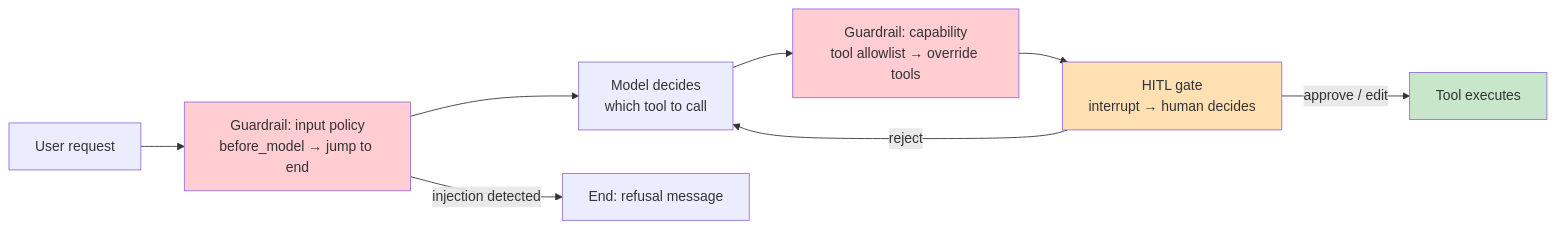
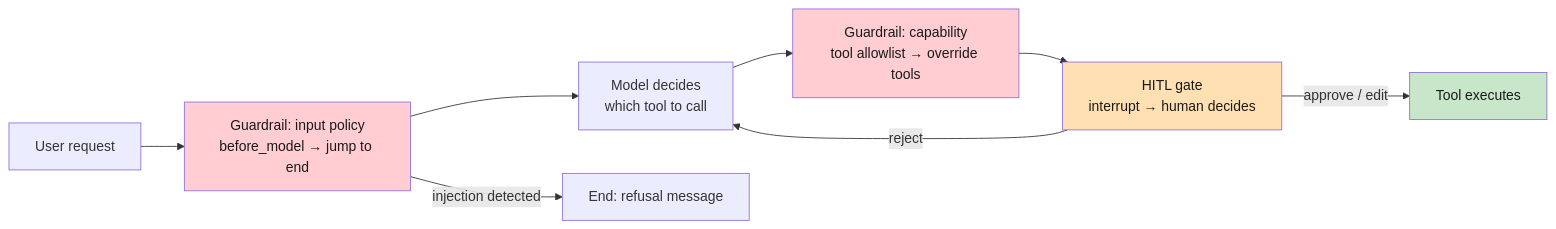
One commit to CogKnowEdge-Solutions/Orchestration changed the second of 3 diagrams in Langchain-Labs/Lab6(Intermediate)/lab-human-in-the-loop-guardrails.md. Above: the diagram before and after it, drawn with Mermaid. The commit also changed other lines of this file and 8 other files, not shown here.

Commit message:
Labs: make mermaid text visible and mix diagram orientations

````diff
--- a/Langchain-Labs/Lab6(Intermediate)/lab-human-in-the-loop-guardrails.md
+++ b/Langchain-Labs/Lab6(Intermediate)/lab-human-in-the-loop-guardrails.md
@@ -158,23 +158,23 @@
 ```mermaid
 graph LR
     U["User request"]
     G1["Guardrail: input policy<br/>before_model → jump to end"]
     M["Model decides<br/>which tool to call"]
     G2["Guardrail: capability<br/>tool allowlist → override tools"]
     H["HITL gate<br/>interrupt → human decides"]
     T["Tool executes"]
     E["End: refusal message"]
 
     U --> G1
     G1 -->|"injection detected"| E
     G1 --> M
     M --> G2
     G2 --> H
     H -->|"approve / edit"| T
     H -->|"reject"| M
 
-    style G1 fill:#ffcdd2
-    style G2 fill:#ffcdd2
-    style H fill:#ffe0b2
-    style T fill:#c8e6c9
+    style G1 fill:#ffcdd2,color:#1a1a1a
+    style G2 fill:#ffcdd2,color:#1a1a1a
+    style H fill:#ffe0b2,color:#1a1a1a
+    style T fill:#c8e6c9,color:#1a1a1a
 ```
````
